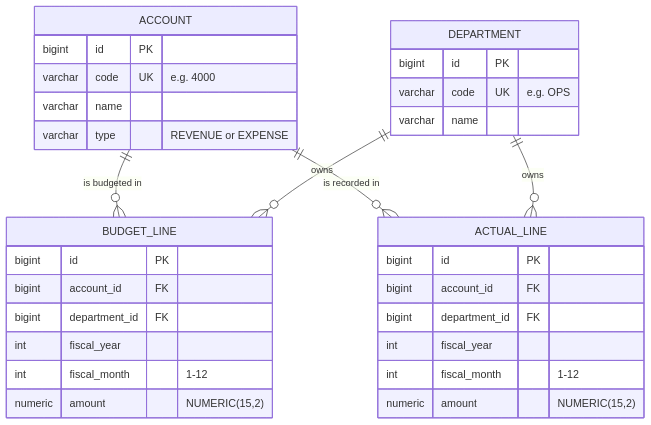
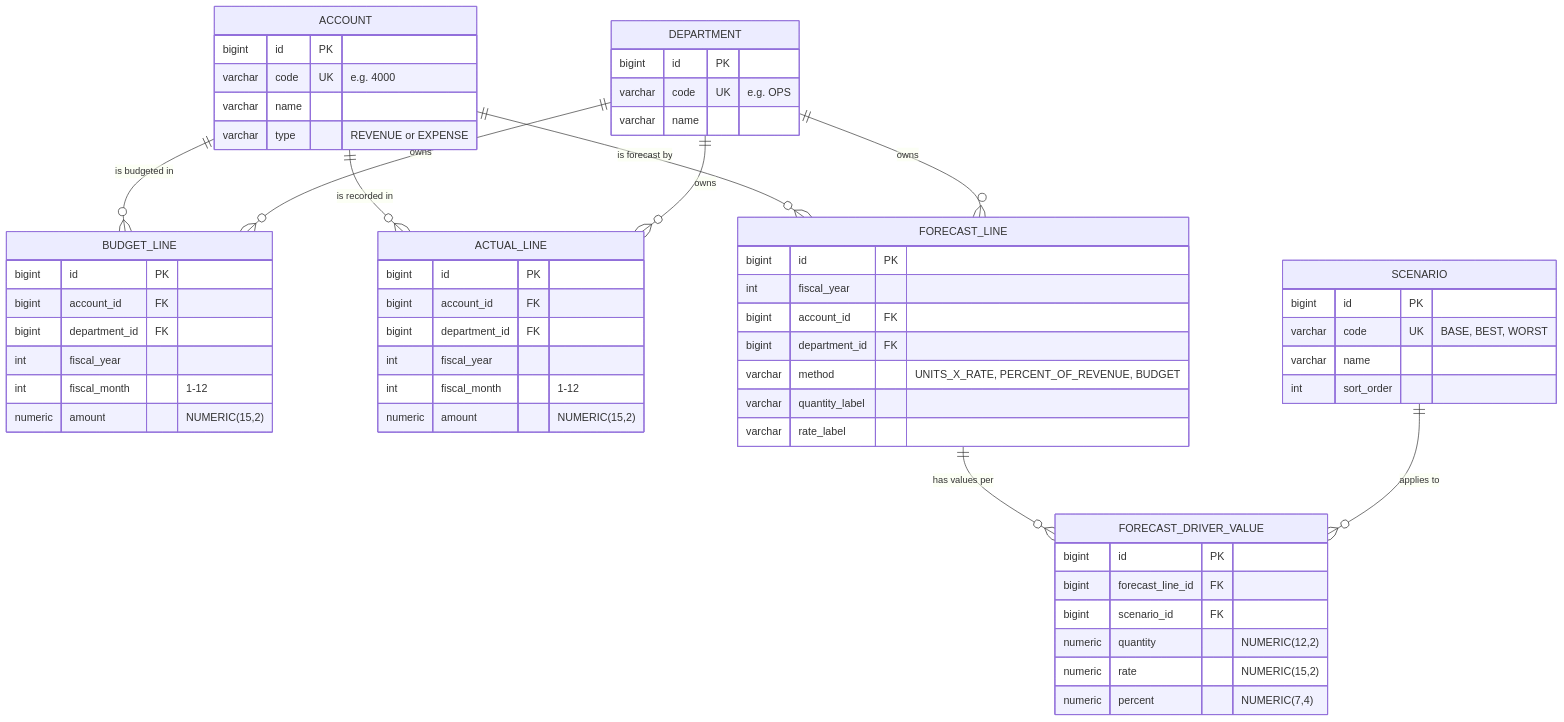
Before and after one commit to YoussefElshafei/driverline: the second of 6 diagrams in docs/architecture.md, drawn with Mermaid. The commit also changed other lines of this file and 68 other files, not shown here.

Commit message:
feat: add driver-based forecasting with Base/Best/Worst scenarios

````diff
--- a/docs/architecture.md
+++ b/docs/architecture.md
@@ -23,35 +23,62 @@
 ```mermaid
 erDiagram
     ACCOUNT ||--o{ BUDGET_LINE : "is budgeted in"
     ACCOUNT ||--o{ ACTUAL_LINE : "is recorded in"
     DEPARTMENT ||--o{ BUDGET_LINE : owns
     DEPARTMENT ||--o{ ACTUAL_LINE : owns
+    ACCOUNT ||--o{ FORECAST_LINE : "is forecast by"
+    DEPARTMENT ||--o{ FORECAST_LINE : owns
+    FORECAST_LINE ||--o{ FORECAST_DRIVER_VALUE : "has values per"
+    SCENARIO ||--o{ FORECAST_DRIVER_VALUE : "applies to"
 
     ACCOUNT {
         bigint id PK
         varchar code UK "e.g. 4000"
         varchar name
         varchar type "REVENUE or EXPENSE"
     }
     DEPARTMENT {
         bigint id PK
         varchar code UK "e.g. OPS"
         varchar name
     }
     BUDGET_LINE {
         bigint id PK
         bigint account_id FK
         bigint department_id FK
         int fiscal_year
         int fiscal_month "1-12"
         numeric amount "NUMERIC(15,2)"
     }
     ACTUAL_LINE {
         bigint id PK
         bigint account_id FK
         bigint department_id FK
         int fiscal_year
         int fiscal_month "1-12"
         numeric amount "NUMERIC(15,2)"
     }
+    SCENARIO {
+        bigint id PK
+        varchar code UK "BASE, BEST, WORST"
+        varchar name
+        int sort_order
+    }
+    FORECAST_LINE {
+        bigint id PK
+        int fiscal_year
+        bigint account_id FK
+        bigint department_id FK
+        varchar method "UNITS_X_RATE, PERCENT_OF_REVENUE, BUDGET"
+        varchar quantity_label
+        varchar rate_label
+    }
+    FORECAST_DRIVER_VALUE {
+        bigint id PK
+        bigint forecast_line_id FK
+        bigint scenario_id FK
+        numeric quantity "NUMERIC(12,2)"
+        numeric rate "NUMERIC(15,2)"
+        numeric percent "NUMERIC(7,4)"
+    }
 ```
````
